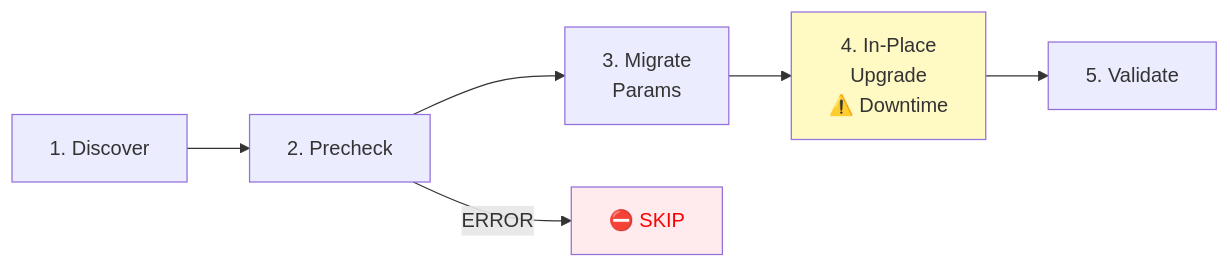
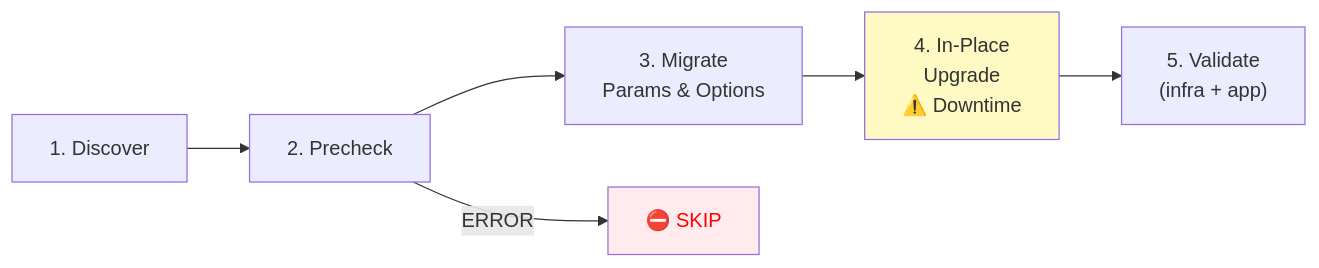
The third of 5 diagrams in docs/architecture-diagrams.md (aws-samples/sample-rds-mysql-upgrade-assistant), drawn with Mermaid before and after one commit. The commit also changed other lines of this file and 2 other files, not shown here.

First line of the commit message:
Update architecture diagrams and remove generate script

````diff
--- a/docs/architecture-diagrams.md
+++ b/docs/architecture-diagrams.md
@@ -119,12 +127,12 @@
 ```mermaid
 flowchart LR
     A["1. Discover"] --> B["2. Precheck"]
-    B --> C["3. Migrate<br/>Params"]
+    B --> C["3. Migrate<br/>Params & Options"]
     C --> D["4. In-Place<br/>Upgrade<br/>⚠️ Downtime"]
-    D --> E["5. Validate"]
+    D --> E["5. Validate<br/>(infra + app)"]
 
     B -->|"ERROR"| SKIP["⛔ SKIP"]
 
     style D fill:#FFF9C4
     style SKIP fill:#FFEBEE,color:red
 ```
````
